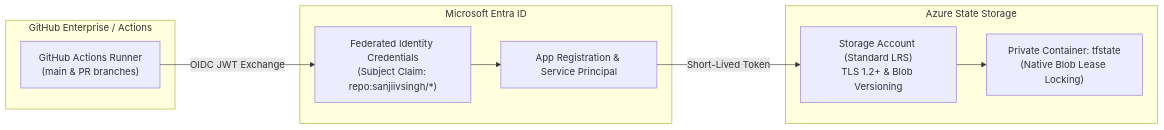
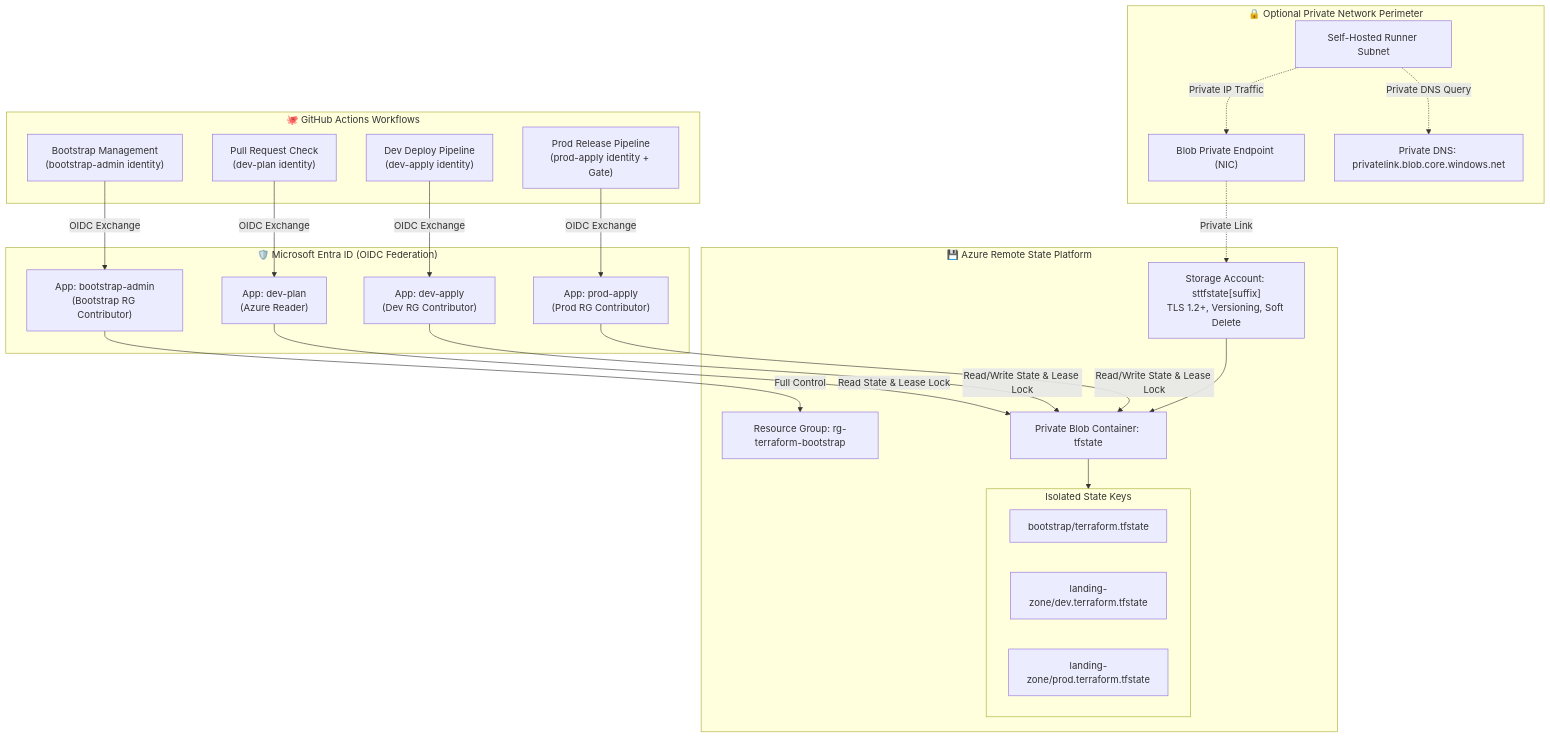
One commit to sanjiivsingh/azure-terraform-bootstrap-oidc changed the first of 2 diagrams in README.md. Above: the diagram before and after it, drawn with Mermaid. The commit also changed other lines of this file and 64 other files, not shown here.

Commit message:
feat(bootstrap): modularize architecture, implement role-segregated OIDC, RBAC, staged networking, and full CI/CD

````diff
--- a/README.md
+++ b/README.md
@@ -26,21 +31,51 @@
 ```mermaid
-flowchart LR
-    subgraph GitHub["GitHub Enterprise / Actions"]
-        RUNNER["GitHub Actions Runner<br/>(main & PR branches)"]
+flowchart TD
+    subgraph GitHub["🐙 GitHub Actions Workflows"]
+        PR["Pull Request Check<br/>(dev-plan identity)"]
+        DEV["Dev Deploy Pipeline<br/>(dev-apply identity)"]
+        PROD["Prod Release Pipeline<br/>(prod-apply identity + Gate)"]
+        BOOT["Bootstrap Management<br/>(bootstrap-admin identity)"]
     end
 
-    subgraph Entra["Microsoft Entra ID"]
-        APP["App Registration & Service Principal"]
-        FED["Federated Identity Credentials<br/>(Subject Claim: repo:sanjiivsingh/*)"]
+    subgraph Entra["🛡️ Microsoft Entra ID (OIDC Federation)"]
+        ID_PLAN["App: dev-plan<br/>(Azure Reader)"]
+        ID_DEV["App: dev-apply<br/>(Dev RG Contributor)"]
+        ID_PROD["App: prod-apply<br/>(Prod RG Contributor)"]
+        ID_ADMIN["App: bootstrap-admin<br/>(Bootstrap RG Contributor)"]
     end
 
-    subgraph State["Azure State Storage"]
-        ST["Storage Account (Standard LRS)<br/>TLS 1.2+ & Blob Versioning"]
-        CONTAINER["Private Container: tfstate<br/>(Native Blob Lease Locking)"]
+    subgraph AzureState["💾 Azure Remote State Platform"]
+        RG["Resource Group: rg-terraform-bootstrap"]
+        ST["Storage Account: sttfstate[suffix]<br/>TLS 1.2+, Versioning, Soft Delete"]
+        CONTAINER["Private Blob Container: tfstate"]
+        
+        subgraph StateBlobs["Isolated State Keys"]
+            K_BOOT["bootstrap/terraform.tfstate"]
+            K_DEV["landing-zone/dev.terraform.tfstate"]
+            K_PROD["landing-zone/prod.terraform.tfstate"]
+        end
     end
 
-    RUNNER -->|OIDC JWT Exchange| FED
-    FED --> APP
-    APP -->|Short-Lived Token| ST
+    subgraph PrivateLink["🔒 Optional Private Network Perimeter"]
+        PE["Blob Private Endpoint (NIC)"]
+        DNS["Private DNS: privatelink.blob.core.windows.net"]
+        RUNNER["Self-Hosted Runner Subnet"]
+    end
+
+    PR -->|OIDC Exchange| ID_PLAN
+    DEV -->|OIDC Exchange| ID_DEV
+    PROD -->|OIDC Exchange| ID_PROD
+    BOOT -->|OIDC Exchange| ID_ADMIN
+
+    ID_PLAN -->|Read State & Lease Lock| CONTAINER
+    ID_DEV -->|Read/Write State & Lease Lock| CONTAINER
+    ID_PROD -->|Read/Write State & Lease Lock| CONTAINER
+    ID_ADMIN -->|Full Control| RG
+
     ST --> CONTAINER
+    CONTAINER --> StateBlobs
+
+    RUNNER -.->|Private DNS Query| DNS
+    RUNNER -.->|Private IP Traffic| PE
+    PE -.->|Private Link| ST
 ```
````
